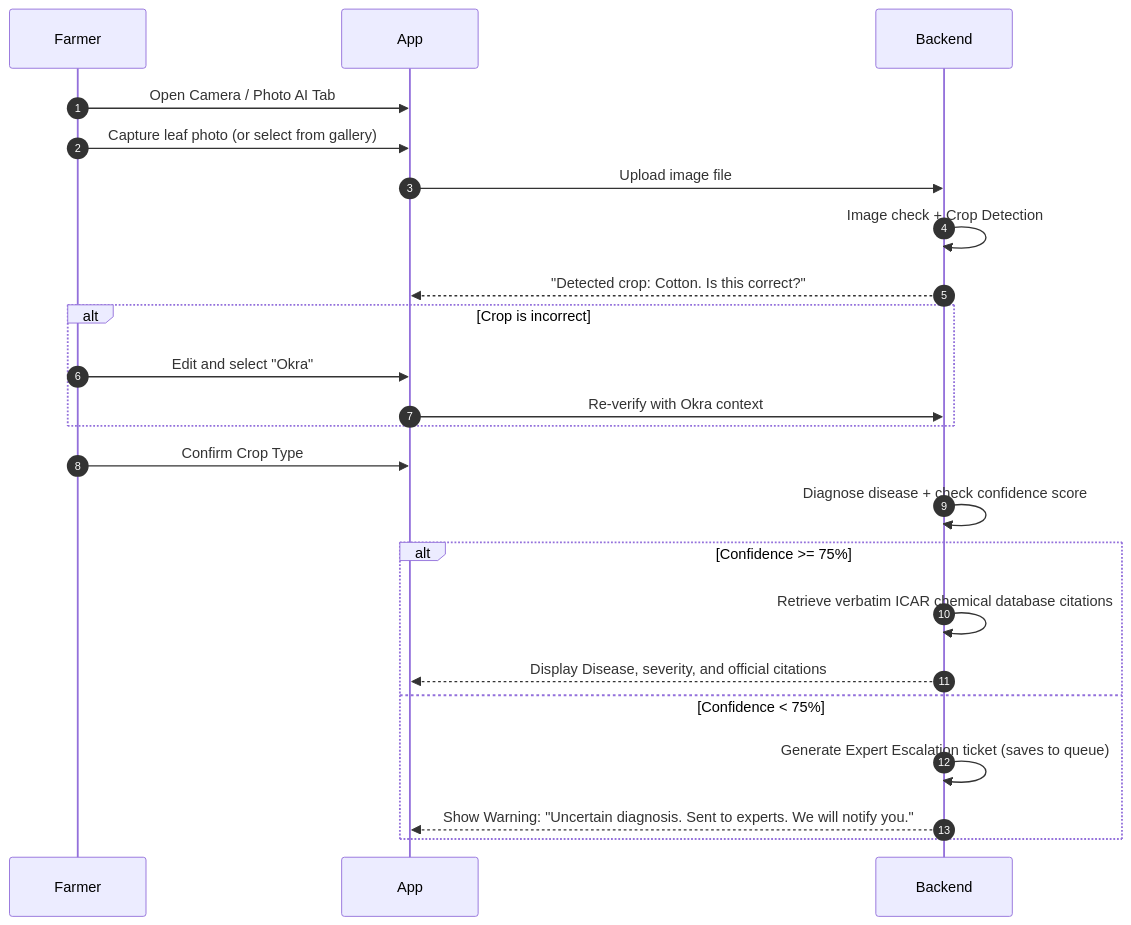
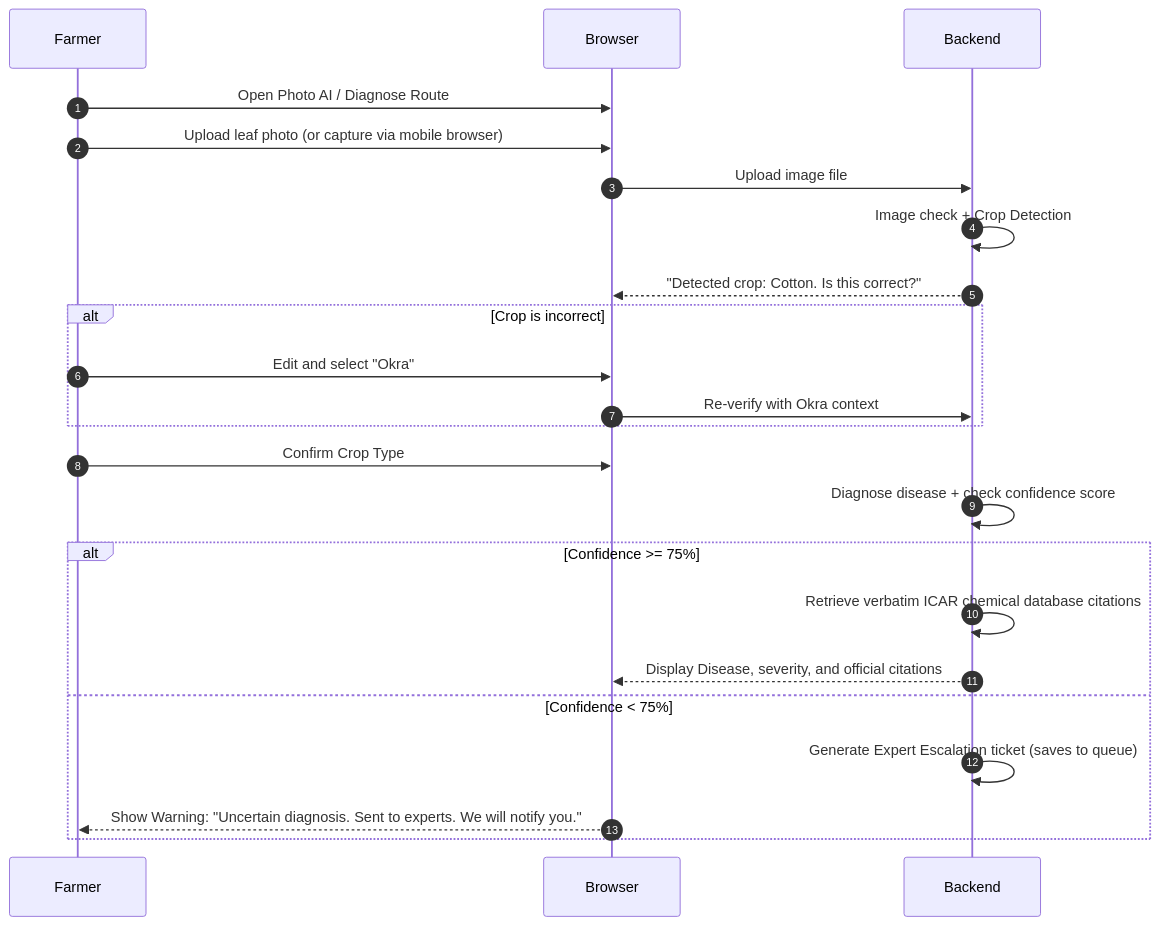
One commit to priyanshu7739410/Kisaan-Sathi changed the second of 4 diagrams in docs/product/user-flows.md. Above: the diagram before and after it, drawn with Mermaid. The commit also changed other lines of this file and 1992 other files, not shown here.

````diff
--- a/docs/product/user-flows.md
+++ b/docs/product/user-flows.md
@@ -28,22 +28,22 @@
 ```mermaid
 sequenceDiagram
     autonumber
-    Farmer->>App: Open Camera / Photo AI Tab
-    Farmer->>App: Capture leaf photo (or select from gallery)
-    App->>Backend: Upload image file
+    Farmer->>Browser: Open Photo AI / Diagnose Route
+    Farmer->>Browser: Upload leaf photo (or capture via mobile browser)
+    Browser->>Backend: Upload image file
     Backend->>Backend: Image check + Crop Detection
-    Backend-->>App: "Detected crop: Cotton. Is this correct?"
+    Backend-->>Browser: "Detected crop: Cotton. Is this correct?"
     Alt Crop is incorrect
-        Farmer->>App: Edit and select "Okra"
-        App->>Backend: Re-verify with Okra context
+        Farmer->>Browser: Edit and select "Okra"
+        Browser->>Backend: Re-verify with Okra context
     End
-    Farmer->>App: Confirm Crop Type
+    Farmer->>Browser: Confirm Crop Type
     Backend->>Backend: Diagnose disease + check confidence score
     Alt Confidence >= 75%
         Backend->>Backend: Retrieve verbatim ICAR chemical database citations
-        Backend-->>App: Display Disease, severity, and official citations
+        Backend-->>Browser: Display Disease, severity, and official citations
     Else Confidence < 75%
         Backend->>Backend: Generate Expert Escalation ticket (saves to queue)
-        Backend-->>App: Show Warning: "Uncertain diagnosis. Sent to experts. We will notify you."
+        Browser-->>Farmer: Show Warning: "Uncertain diagnosis. Sent to experts. We will notify you."
     End
 ```
````
